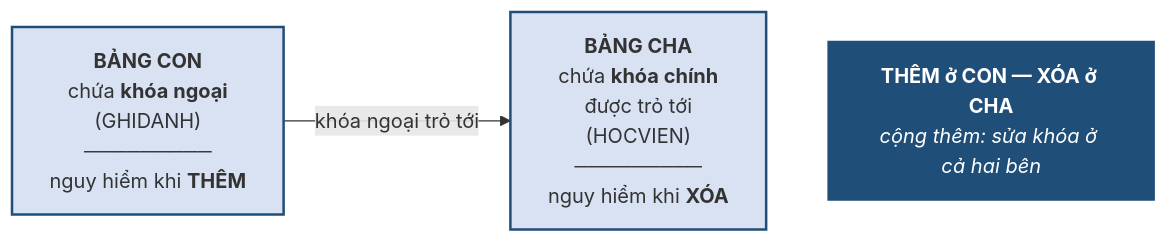
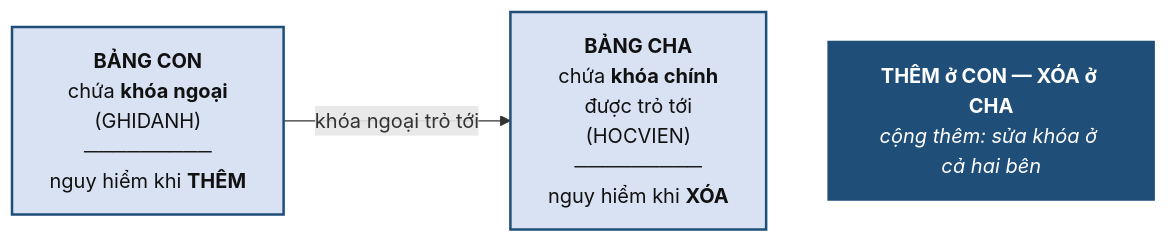
One commit to CuongNguyenDAU/csdl-dbs201 changed the second of 2 diagrams in docs/chuong-4/4-3-lap-bang-tam-anh-huong.md. Above: the diagram before and after it, drawn with Mermaid. The commit also changed other lines of this file and 123 other files, not shown here.

Commit message:
Cập nhật bài giảng v7: sơ đồ ER ký pháp Chen, hình minh họa tự vẽ, mở rộng toàn diện Chương 5 và bổ sung lời giải A4, B5

````diff
--- a/docs/chuong-4/4-3-lap-bang-tam-anh-huong.md
+++ b/docs/chuong-4/4-3-lap-bang-tam-anh-huong.md
@@ -86,9 +87,9 @@
 ```mermaid
 flowchart LR
     CON["<b>BẢNG CON</b><br/>chứa <b>khóa ngoại</b><br/>(GHIDANH)<br/>─────────<br/>nguy hiểm khi <b>THÊM</b>"] -->|"khóa ngoại trỏ tới"| CHA["<b>BẢNG CHA</b><br/>chứa <b>khóa chính</b><br/>được trỏ tới<br/>(HOCVIEN)<br/>─────────<br/>nguy hiểm khi <b>XÓA</b>"]
     T["<b>THÊM ở CON — XÓA ở CHA</b><br/><i>cộng thêm: sửa khóa ở cả hai bên</i>"]
     CHA ~~~ T
-    style T fill:#1F4E79,color:#fff,stroke:#1F4E79,stroke-width:2px
-    style CHA fill:#D9E2F3,stroke:#1F4E79,stroke-width:2px
-    style CON fill:#D9E2F3,stroke:#1F4E79,stroke-width:2px
+    style T fill:#1F4E79,color:#ffffff,stroke:#1F4E79,stroke-width:2px
+    style CHA fill:#D9E2F3,stroke:#1F4E79,stroke-width:2px,color:#111111
+    style CON fill:#D9E2F3,stroke:#1F4E79,stroke-width:2px,color:#111111
 ```
````
